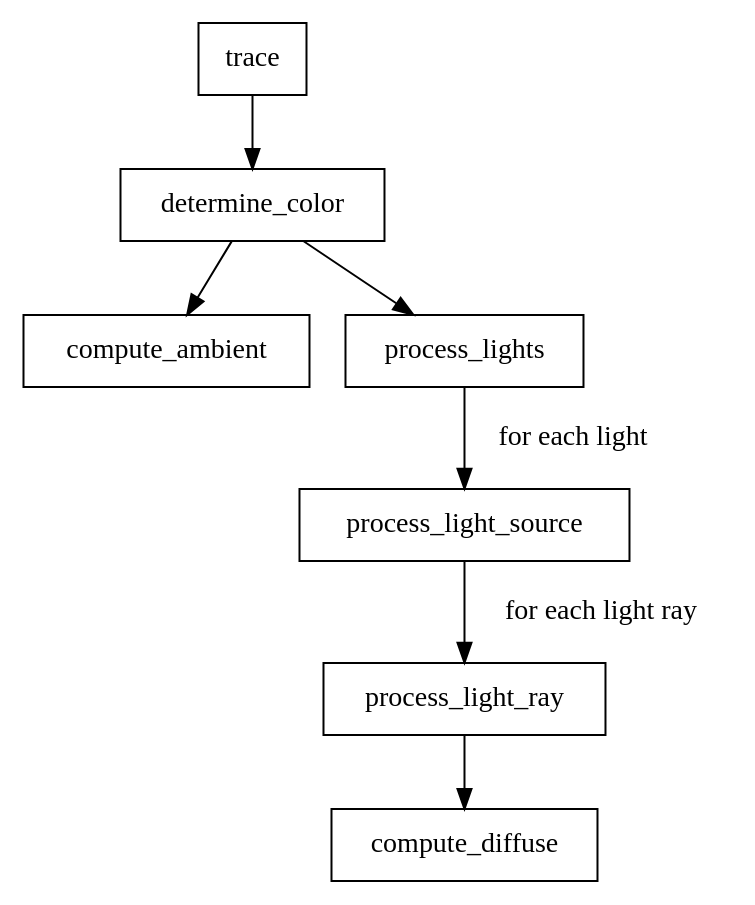
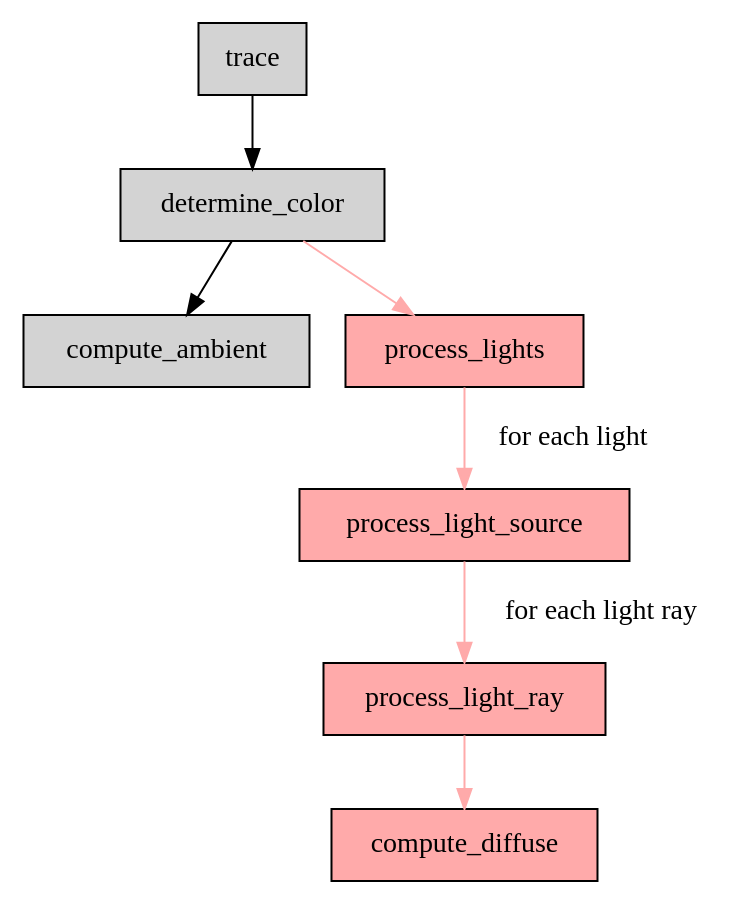
The diagram in docs/extensions/ray-tracers/v2/code-structure.gv (fvogels/raytracer-companion-website), drawn with Graphviz before and after one commit. The commit also changed 1 other file, not shown here.

Commit message:
docs/extensions/ray-tracers/v2

```diff
--- a/docs/extensions/ray-tracers/v2/code-structure.gv
+++ b/docs/extensions/ray-tracers/v2/code-structure.gv
@@ -1,10 +1,18 @@
 digraph {
-    node [shape="box"];
+    node [shape="box", style="filled"];
+
+    trace;
+    determine_color;
+    compute_ambient;
+    process_lights [fillcolor="#FFAAAA"];
+    process_light_source [fillcolor="#FFAAAA"];
+    process_light_ray [fillcolor="#FFAAAA"];
+    compute_diffuse [fillcolor="#FFAAAA"];
 
     trace -> determine_color;
     determine_color -> compute_ambient;
-    determine_color -> process_lights;
-    process_lights -> process_light_source [label="  for each light"];
-    process_light_source -> process_light_ray [label="  for each light ray"];
-    process_light_ray -> compute_diffuse;
+    determine_color -> process_lights [color="#FFAAAA"];
+    process_lights -> process_light_source [label="  for each light",color="#FFAAAA"];
+    process_light_source -> process_light_ray [label="  for each light ray",color="#FFAAAA"];
+    process_light_ray -> compute_diffuse [color="#FFAAAA"];
 }
```
